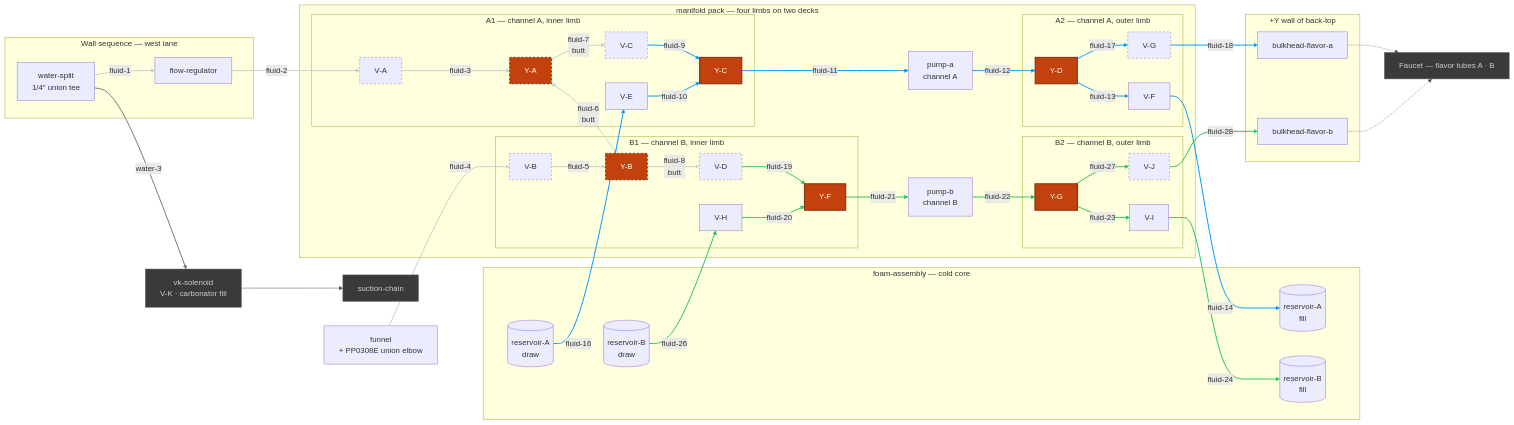
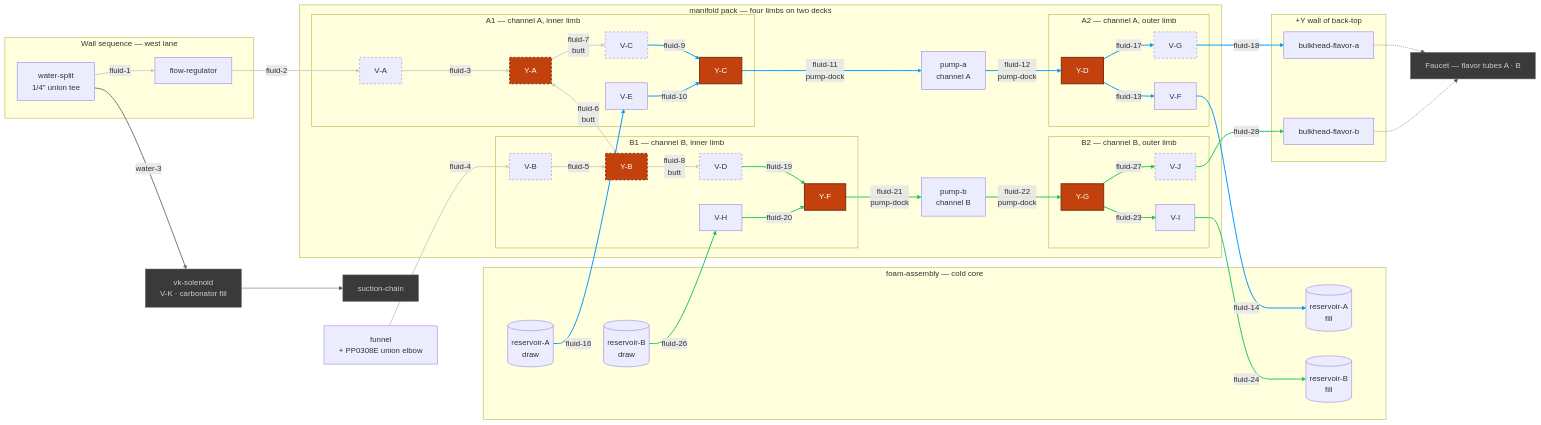
One commit to derekbreden/homesodamachine changed the diagram in hardware/topology/fluid-topology-manifold.mmd. Above: the diagram before and after it, drawn with Mermaid. The commit also changed 34 other files, not shown here.

```diff
--- a/hardware/topology/fluid-topology-manifold.mmd
+++ b/hardware/topology/fluid-topology-manifold.mmd
@@ -20,8 +20,8 @@
   %% no tube at all; [9](DRAWN_COUNT) are swept runs between placed bodies; the rest include
   %% [4](UPPER_LINK_COUNT) straight upper links, [8](LOWER_LINK_COUNT) straight lower links,
   %% printed TPU junctions/returns and the source pair's two quarter-and-step turns. Reported tube lengths total
-  %% [2601.4 mm](FLUID_TOTAL) of 1/4" LLDPE over [69](FLUID_BENDS) corners, and the longest is
-  %% [fluid-18](LONGEST_ID) at [446.4 mm](LONGEST_LEN). [0](OPEN_COUNT) are mouths with nothing
+  %% [2410.2 mm](FLUID_TOTAL) of 1/4" LLDPE over [53](FLUID_BENDS) corners, and the longest is
+  %% [fluid-18](LONGEST_ID) at [446.8 mm](LONGEST_LEN). [0](OPEN_COUNT) are mouths with nothing
   %% on the far end of them: EVERY FLAVOR SEGMENT IN THIS CHART IS MADE. The stock total
   %% excludes machined pump stems and printed TPU passages. Mouth-to-mouth link lengths
   %% need their actual socket or fitting insertions for cut blanks. The funnel's gravity
@@ -144,8 +144,8 @@
   %% are straight upper links to the fore valves.
   VC -->|"fluid-9"| YC
   VE -->|"fluid-10"| YC
-  YC -->|"fluid-11"| PA
-  PA -->|"fluid-12"| YD
+  YC -->|"fluid-11<br/>pump-dock"| PA
+  PA -->|"fluid-12<br/>pump-dock"| YD
   YD -->|"fluid-13"| VF
   VF -->|"fluid-14"| ResAFill
   ResA -->|"fluid-16"| VE
@@ -160,8 +160,8 @@
   %% gate — leave on their own axes off the lower deck, as channel A's V-F-O and V-E-I do.
   VD -->|"fluid-19"| YF
   VH -->|"fluid-20"| YF
-  YF -->|"fluid-21"| PB
-  PB -->|"fluid-22"| YG
+  YF -->|"fluid-21<br/>pump-dock"| PB
+  PB -->|"fluid-22<br/>pump-dock"| YG
   YG -->|"fluid-23"| VI
   VI -->|"fluid-24"| ResBFill
   ResB -->|"fluid-26"| VH
```
